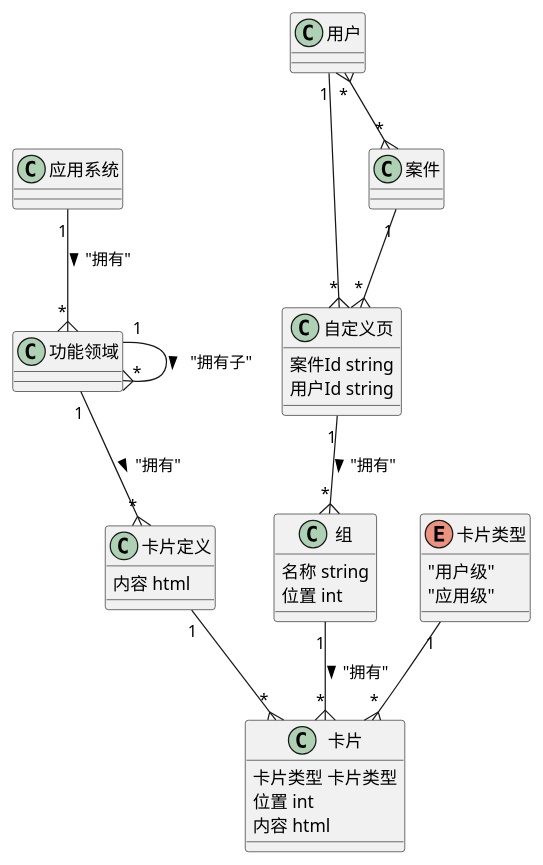
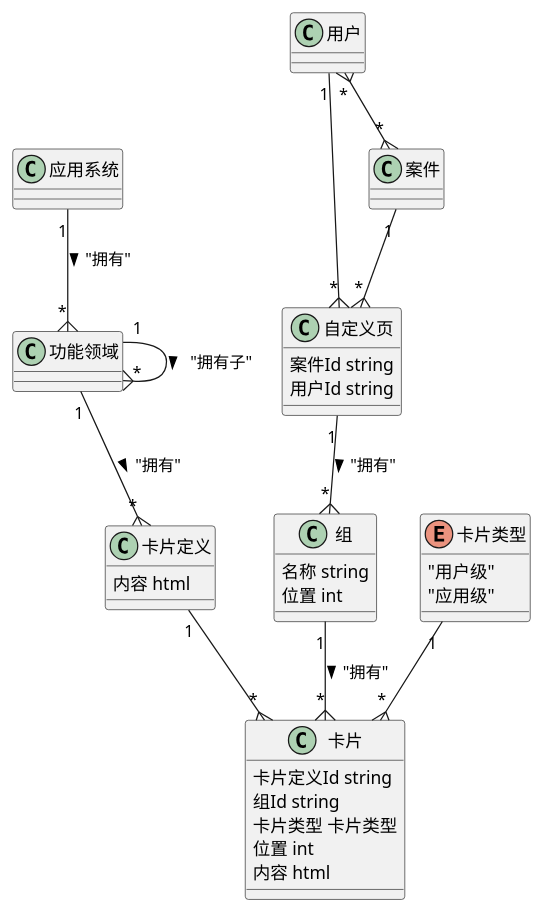
One commit to liuxd6825/dapr-go-ddd-sdk changed the diagram in app/domain/sys/xuml-card/model.puml. Above: the diagram before and after it, drawn with PlantUML.

Commit message:
card管理系统设计

```diff
--- a/app/domain/sys/xuml-card/model.puml
+++ b/app/domain/sys/xuml-card/model.puml
@@ -1,42 +1,44 @@
 @startuml
 class "应用系统" as app {
 }
 class "功能领域" as domain {
 }
 class "卡片定义" as cardFile {
     内容 html
 }
 class "自定义页" as pageView {
     案件Id string
     用户Id string
 }
 class "组" as groupView {
     名称 string
     位置 int
 }
 class "卡片" as cardView {
+    卡片定义Id string
+    组Id string
     卡片类型 卡片类型
     位置 int
     内容 html
 }
 class "案件" as case {
 }
 class "用户" as user {
 }
 enum "卡片类型" as cardType {
     "用户级"
     "应用级"
 }
 app "1" --{ "*" domain : "拥有" >
 domain "1" --{ "*" cardFile : "拥有" >
 user "*" }--{ "*" case
 case "1" --{ "*" pageView
 user "1" --{ "*" pageView
 
 pageView "1" --{ "*" groupView : "拥有" >
 groupView "1"  --{ "*" cardView :  "拥有" >
 cardType "1" --{ "*" cardView
 cardFile "1" --{ "*" cardView
 domain "1" --{ "*" domain : "拥有子" >
 
 @enduml
```
